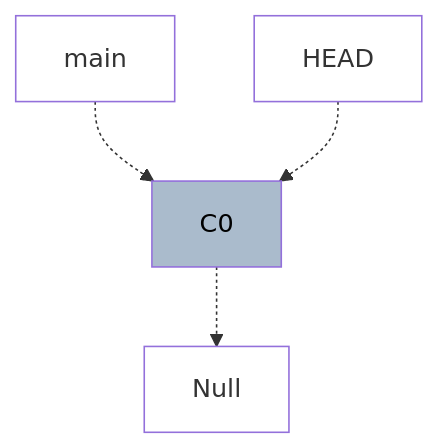
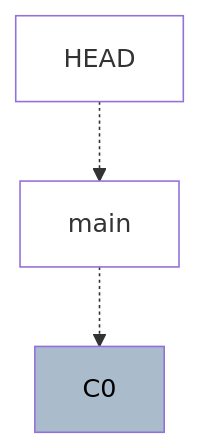
Before and after one commit to ohshane/ohshane.github.io: the first of 14 diagrams in posts/Git.qmd, drawn with Mermaid. The commit also changed other lines of this file, not shown here.

````diff
--- a/posts/Git.qmd
+++ b/posts/Git.qmd
@@ -26,8 +26,7 @@
 ```{mermaid}
 flowchart TB
-  C0:::commit -.-> Null:::pointer
-  main:::pointer -.-> C0
-  HEAD:::pointer -.-> C0
+  main:::pointer -.-> C0:::commit
+  HEAD:::pointer -.-> main
   classDef commit fill: #abc, color: #000
   classDef pointer fill: #fff, color #000, font: #000
 ```
````
